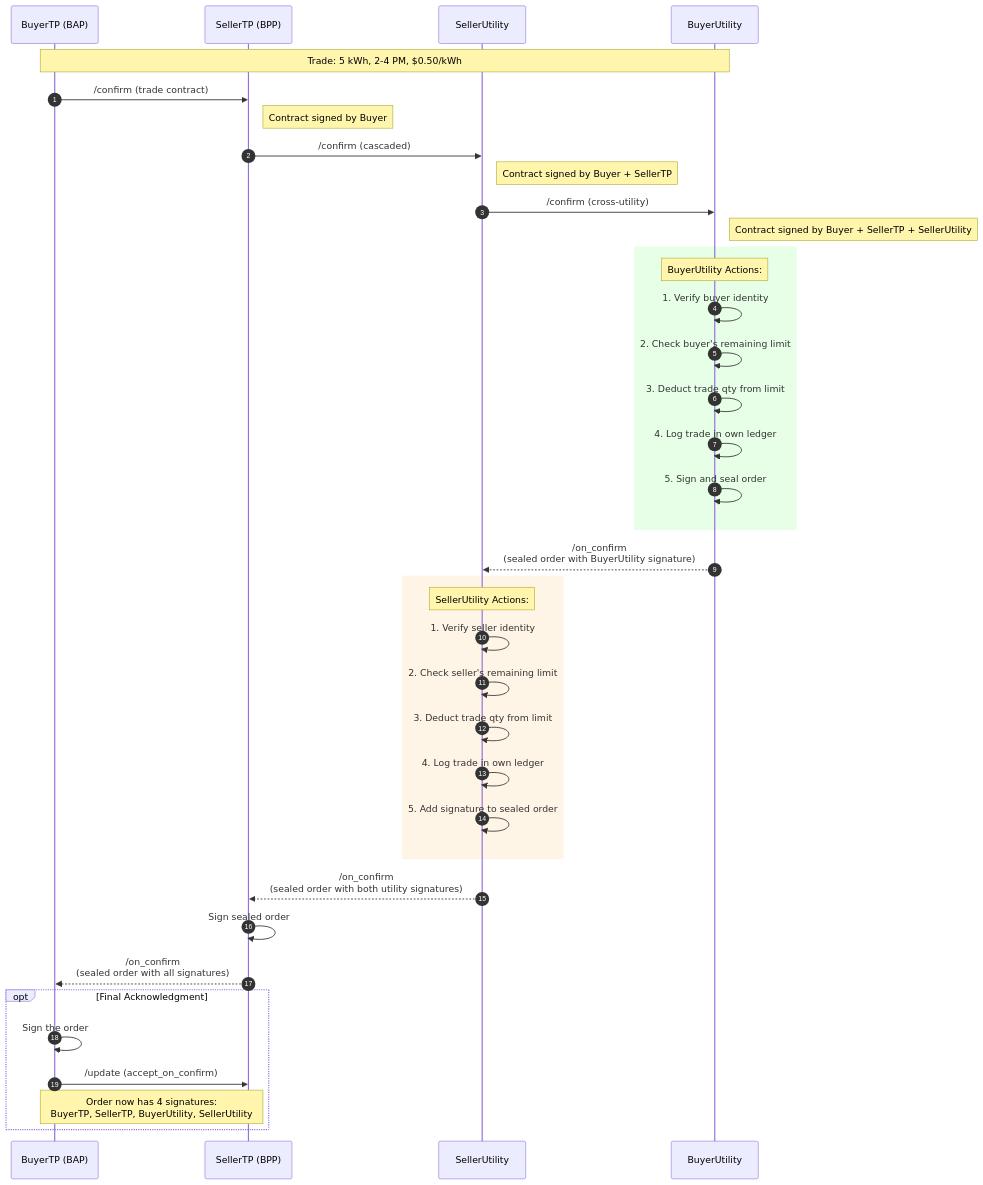
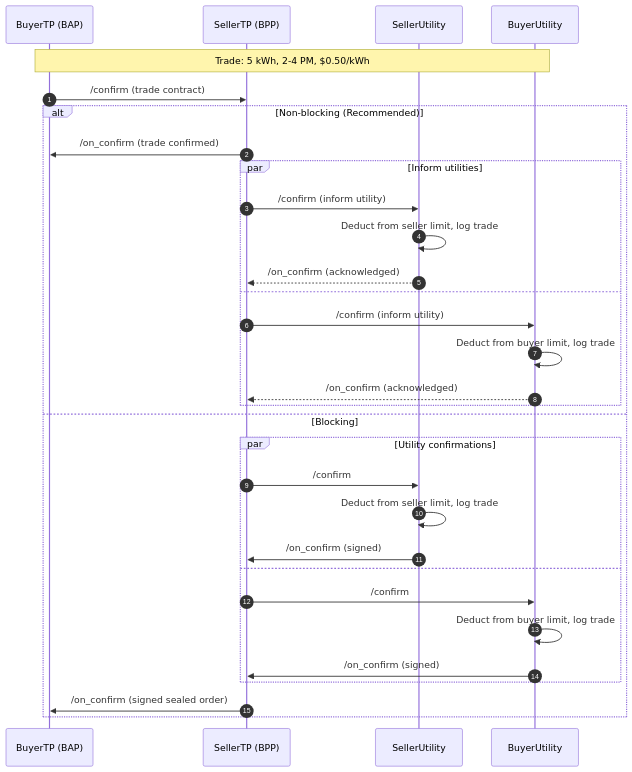
The fourth of 9 diagrams in docs/implementation-guides/v2/P2P_Trading/Inter_energy_retailer_P2P_trading_alt_draft.md (beckn/DEG), drawn with Mermaid before and after one commit. The commit also changed other lines of this file, not shown here.

Commit message:
refined flows in sequence diagram in decentralized ledger

````diff
--- a/docs/implementation-guides/v2/P2P_Trading/Inter_energy_retailer_P2P_trading_alt_draft.md
+++ b/docs/implementation-guides/v2/P2P_Trading/Inter_energy_retailer_P2P_trading_alt_draft.md
@@ -194,50 +250,36 @@
 ```mermaid
 sequenceDiagram
     autonumber
     participant BuyerTP as BuyerTP (BAP)
     participant SellerTP as SellerTP (BPP)
     participant SellerUtility as SellerUtility
     participant BuyerUtility as BuyerUtility
 
     Note over BuyerTP,BuyerUtility: Trade: 5 kWh, 2-4 PM, $0.50/kWh
 
     BuyerTP->>SellerTP: /confirm (trade contract)
-    Note right of SellerTP: Contract signed by Buyer
 
-    SellerTP->>SellerUtility: /confirm (cascaded)
-    Note right of SellerUtility: Contract signed by Buyer + SellerTP
-
-    SellerUtility->>BuyerUtility: /confirm (cross-utility)
-    Note right of BuyerUtility: Contract signed by Buyer + SellerTP + SellerUtility
-
-    rect rgb(230, 255, 230)
-    Note over BuyerUtility: BuyerUtility Actions:
-    BuyerUtility->>BuyerUtility: 1. Verify buyer identity
-    BuyerUtility->>BuyerUtility: 2. Check buyer's remaining limit
-    BuyerUtility->>BuyerUtility: 3. Deduct trade qty from limit
-    BuyerUtility->>BuyerUtility: 4. Log trade in own ledger
-    BuyerUtility->>BuyerUtility: 5. Sign and seal order
-    end
-
-    BuyerUtility-->>SellerUtility: /on_confirm<br/>(sealed order with BuyerUtility signature)
-
-    rect rgb(255, 245, 230)
-    Note over SellerUtility: SellerUtility Actions:
-    SellerUtility->>SellerUtility: 1. Verify seller identity
-    SellerUtility->>SellerUtility: 2. Check seller's remaining limit
-    SellerUtility->>SellerUtility: 3. Deduct trade qty from limit
-    SellerUtility->>SellerUtility: 4. Log trade in own ledger
-    SellerUtility->>SellerUtility: 5. Add signature to sealed order
-    end
-
-    SellerUtility-->>SellerTP: /on_confirm<br/>(sealed order with both utility signatures)
-
-    SellerTP->>SellerTP: Sign sealed order
-    SellerTP-->>BuyerTP: /on_confirm<br/>(sealed order with all signatures)
-
-    opt Final Acknowledgment
-        BuyerTP->>BuyerTP: Sign the order
-        BuyerTP->>SellerTP: /update (accept_on_confirm)
-        Note over BuyerTP,SellerTP: Order now has 4 signatures:<br/>BuyerTP, SellerTP, BuyerUtility, SellerUtility
+    alt Non-blocking (Recommended)
+        SellerTP->>BuyerTP: /on_confirm (trade confirmed)
+        par Inform utilities
+            SellerTP->>SellerUtility: /confirm (inform utility)
+            SellerUtility->>SellerUtility: Deduct from seller limit, log trade
+            SellerUtility-->>SellerTP: /on_confirm (acknowledged)
+        and
+            SellerTP->>BuyerUtility: /confirm (inform utility)
+            BuyerUtility->>BuyerUtility: Deduct from buyer limit, log trade
+            BuyerUtility-->>SellerTP: /on_confirm (acknowledged)
+        end
+    else Blocking
+        par Utility confirmations
+            SellerTP->>SellerUtility: /confirm
+            SellerUtility->>SellerUtility: Deduct from seller limit, log trade
+            SellerUtility->>SellerTP: /on_confirm (signed)
+        and
+            SellerTP->>BuyerUtility: /confirm
+            BuyerUtility->>BuyerUtility: Deduct from buyer limit, log trade
+            BuyerUtility->>SellerTP: /on_confirm (signed)
+        end
+        SellerTP->>BuyerTP: /on_confirm (signed sealed order)
     end
 ```
````
